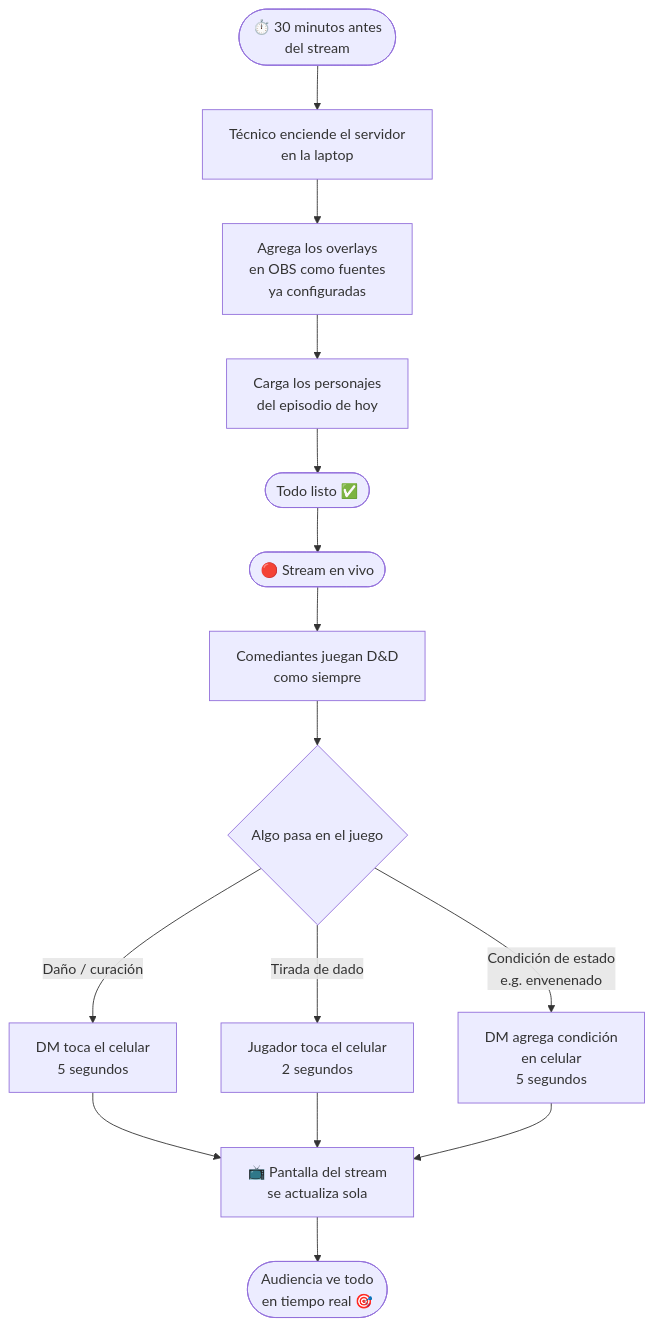
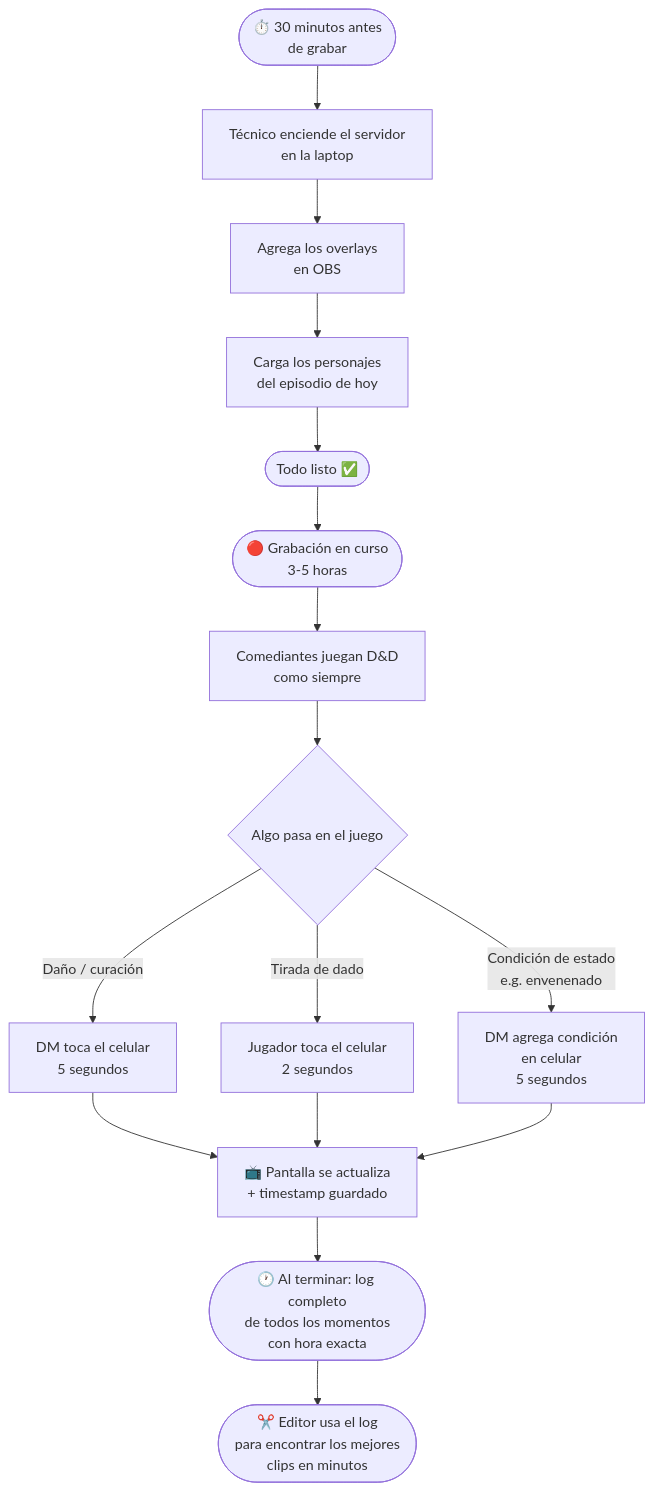
The sixth of 12 diagrams in demo-pitch-docs/workflow-stakeholders.md (s0lci700/OVERLAYS), drawn with Mermaid before and after one commit. The commit also changed other lines of this file and 2 other files, not shown here.

Commit message:
Reframe docs: recorded show primary use case, timestamp post-production benefit, demo data caveat

````diff
--- a/demo-pitch-docs/workflow-stakeholders.md
+++ b/demo-pitch-docs/workflow-stakeholders.md
@@ -123,21 +158,22 @@
 ```mermaid
 flowchart TD
-    A([⏱️ 30 minutos antes\ndel stream]) --> B[Técnico enciende el servidor\nen la laptop]
-    B --> C[Agrega los overlays\nen OBS como fuentes\nya configuradas]
+    A([⏱️ 30 minutos antes\nde grabar]) --> B[Técnico enciende el servidor\nen la laptop]
+    B --> C[Agrega los overlays\nen OBS]
     C --> D[Carga los personajes\ndel episodio de hoy]
     D --> E([Todo listo ✅])
 
-    E --> F([🔴 Stream en vivo])
+    E --> F([🔴 Grabación en curso\n3-5 horas])
     F --> G[Comediantes juegan D&D\ncomo siempre]
     G --> H{Algo pasa en el juego}
 
     H -- Daño / curación --> I[DM toca el celular\n5 segundos]
     H -- Tirada de dado --> J[Jugador toca el celular\n2 segundos]
     H -- Condición de estado\ne.g. envenenado --> K[DM agrega condición\nen celular\n5 segundos]
 
-    I --> L[📺 Pantalla del stream\nse actualiza sola]
+    I --> L[📺 Pantalla se actualiza\n+ timestamp guardado]
     J --> L
     K --> L
 
-    L --> M([Audiencia ve todo\nen tiempo real 🎯])
+    L --> M([🕐 Al terminar: log completo\nde todos los momentos\ncon hora exacta])
+    M --> N([✂️ Editor usa el log\npara encontrar los mejores\nclips en minutos])
 ```
````
